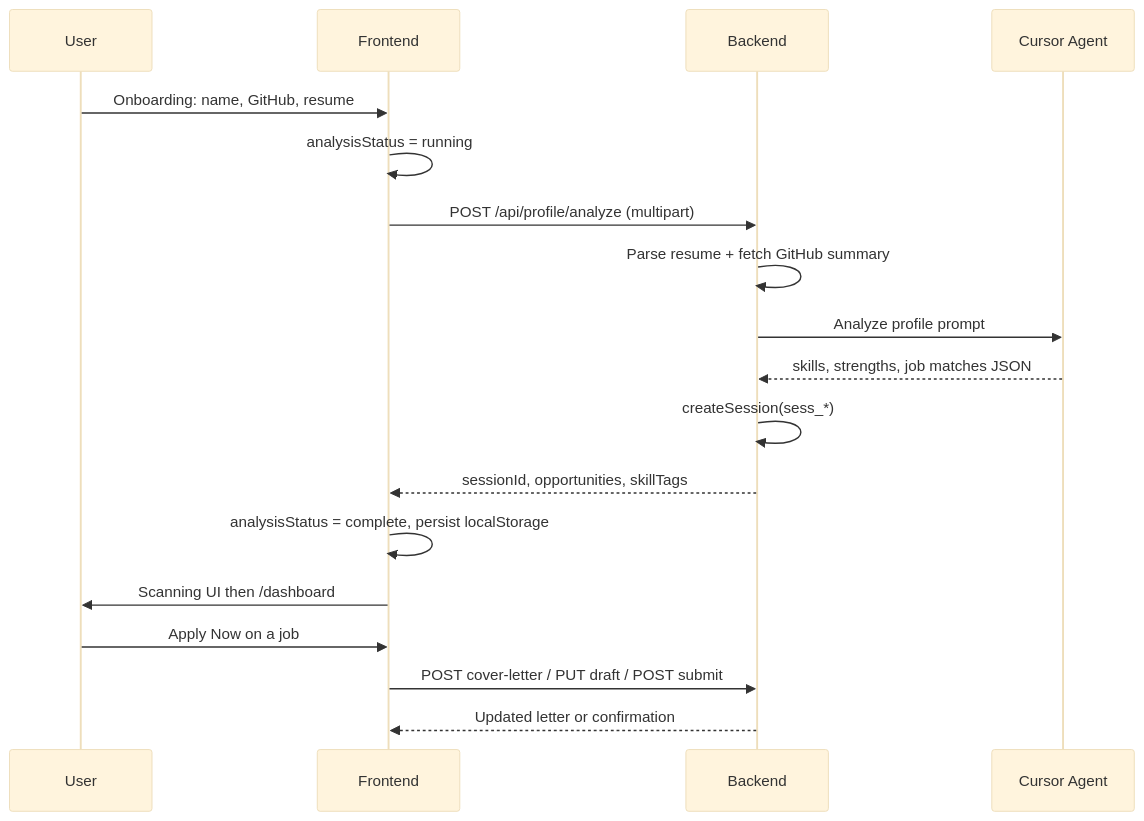
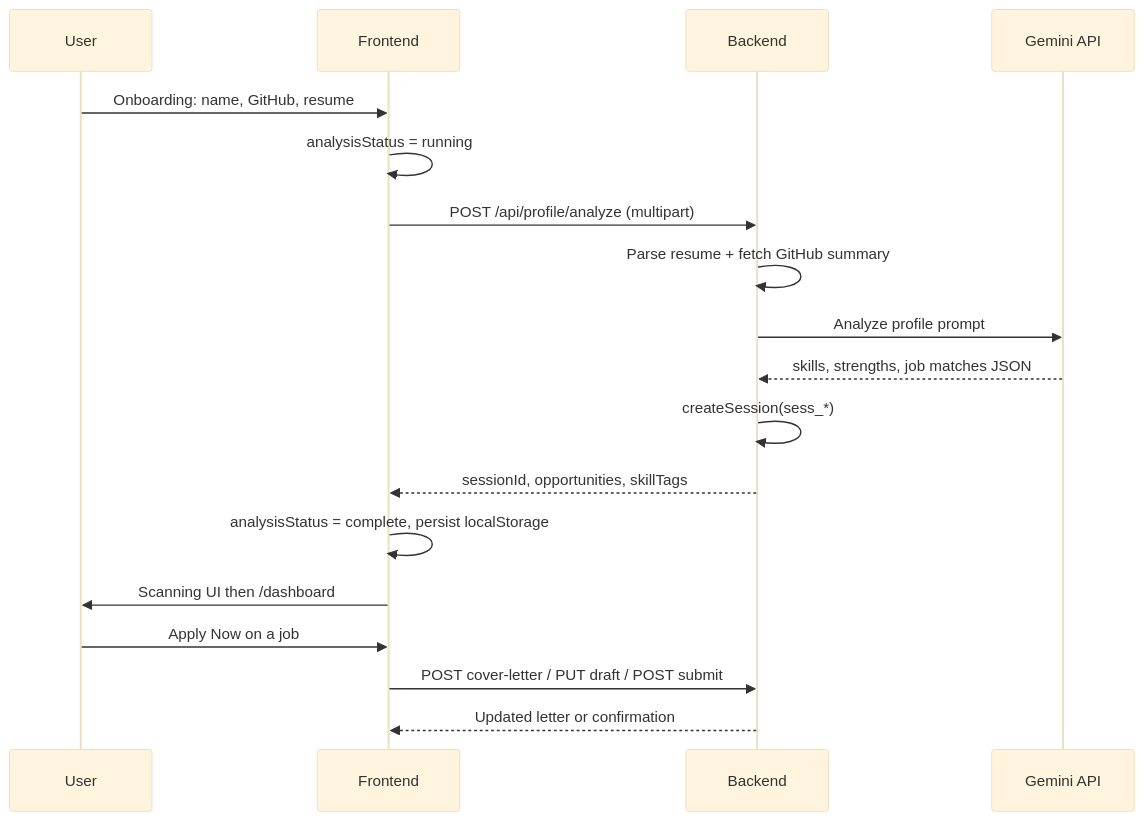
The second of 4 diagrams in SYSTEM.md (yohannesdawit21/OpportunityAgent), drawn with Mermaid (base theme) before and after one commit. The commit also changed other lines of this file and 24 other files, not shown here.

First line of the commit message:
refactor: migrate from Cursor SDK to Gemini AI for profile analysis and cover letter generation

````diff
--- a/SYSTEM.md
+++ b/SYSTEM.md
@@ -40,21 +40,21 @@
 ```mermaid
 sequenceDiagram
   participant U as User
   participant F as Frontend
   participant B as Backend
-  participant A as Cursor Agent
+  participant A as Gemini API
 
   U->>F: Onboarding: name, GitHub, resume
   F->>F: analysisStatus = running
   F->>B: POST /api/profile/analyze (multipart)
   B->>B: Parse resume + fetch GitHub summary
   B->>A: Analyze profile prompt
   A-->>B: skills, strengths, job matches JSON
   B->>B: createSession(sess_*)
   B-->>F: sessionId, opportunities, skillTags
   F->>F: analysisStatus = complete, persist localStorage
   F->>U: Scanning UI then /dashboard
   U->>F: Apply Now on a job
   F->>B: POST cover-letter / PUT draft / POST submit
   B-->>F: Updated letter or confirmation
 ```
````
